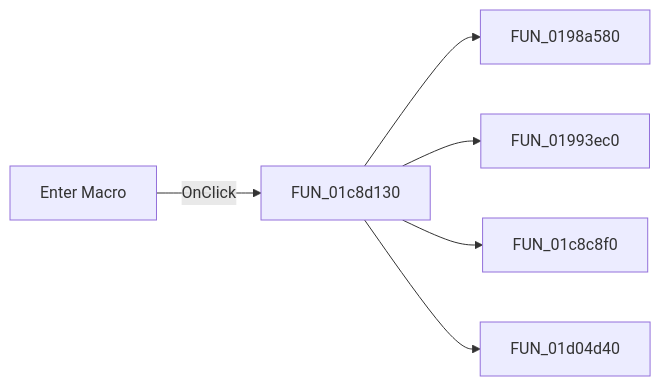
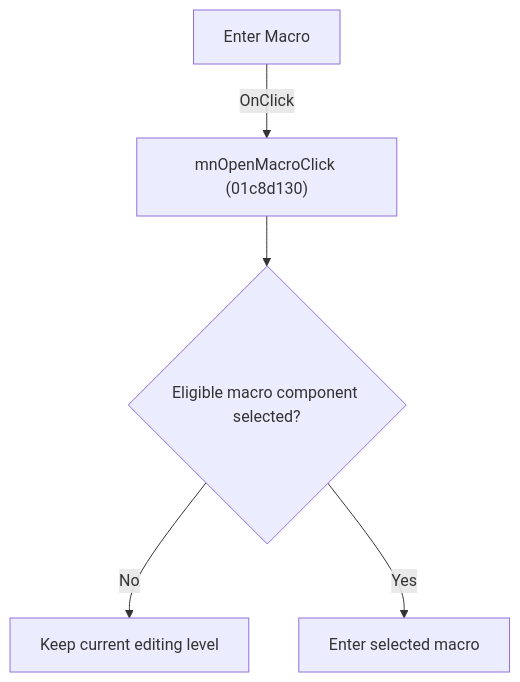
The diagram in docs/ui-controls/schematiceditor/mnopenmacro-d3025e69b2.md (MovGP0/TIARA), drawn with Mermaid before and after one commit. The commit also changed other lines of this file and 1062 other files, not shown here.

````diff
--- a/docs/ui-controls/schematiceditor/mnopenmacro-d3025e69b2.md
+++ b/docs/ui-controls/schematiceditor/mnopenmacro-d3025e69b2.md
@@ -27,8 +27,7 @@
 ```mermaid
-flowchart LR
-    control["Enter Macro"] -->|OnClick| handler["FUN_01c8d130"]
-    handler --> call1["FUN_0198a580"]
-    handler --> call2["FUN_01993ec0"]
-    handler --> call3["FUN_01c8c8f0"]
-    handler --> call4["FUN_01d04d40"]
+flowchart TD
+    control["Enter Macro"] -->|"OnClick"| handler["mnOpenMacroClick (01c8d130)"]
+    handler --> guard{"Eligible macro component selected?"}
+    guard -->|"No"| noChange["Keep current editing level"]
+    guard -->|"Yes"| action["Enter selected macro"]
 ```
````
